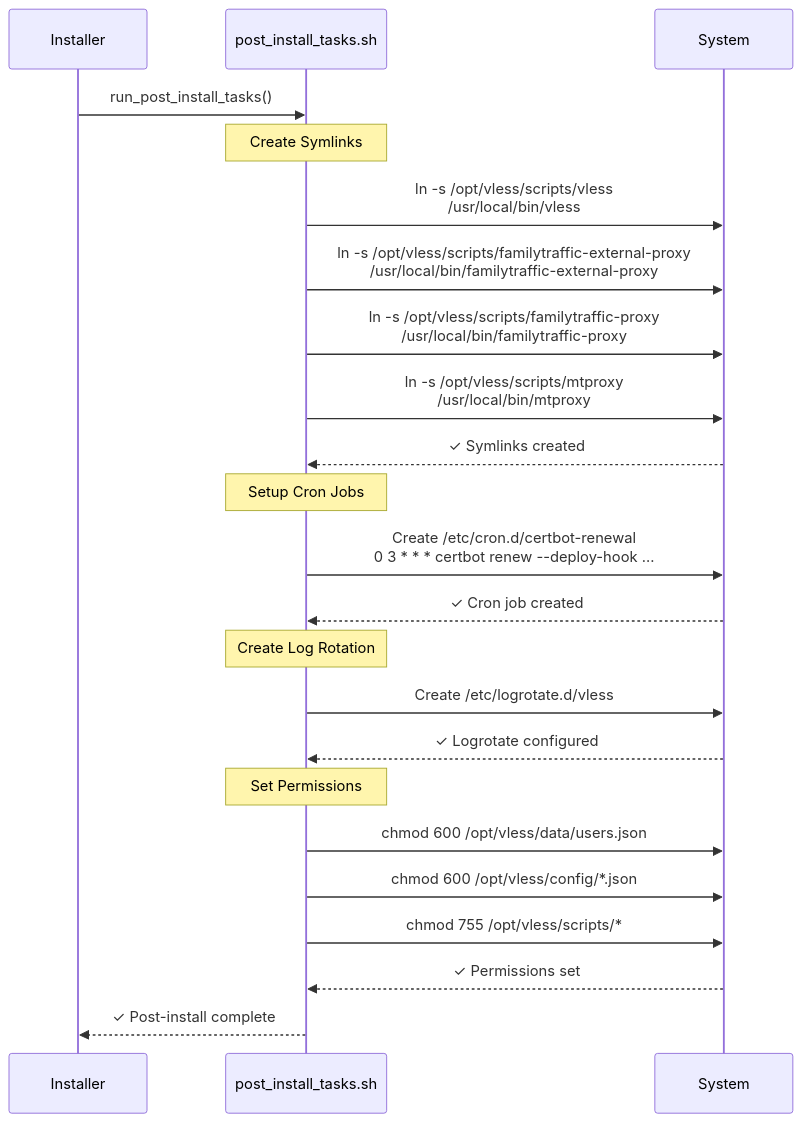
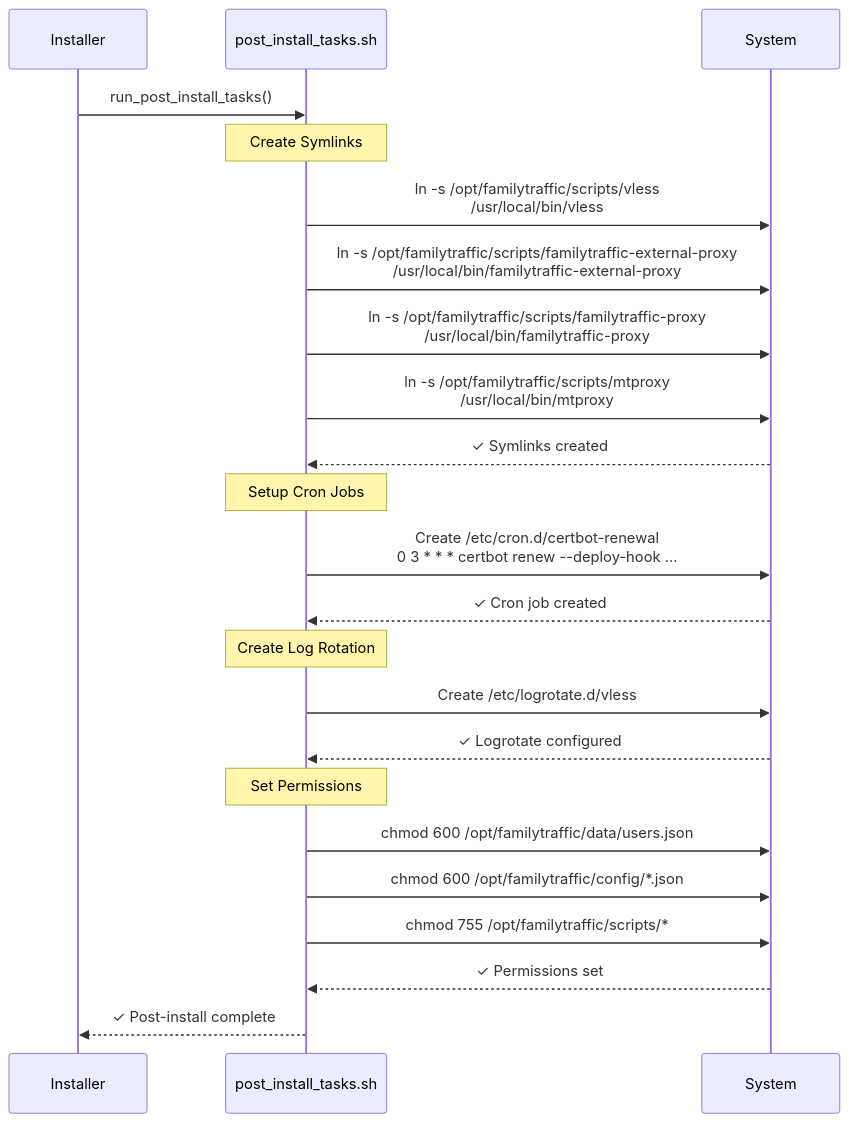
One commit to ikeniborn/vless changed diagram 13 of 14 in docs/architecture/diagrams/dependencies/initialization-order.md. Above: the diagram before and after it, drawn with Mermaid. The commit also changed other lines of this file and 66 other files, not shown here.

First line of the commit message:
refactor(rename): replace old project name 'vless' with 'familytraffic'

````diff
--- a/docs/architecture/diagrams/dependencies/initialization-order.md
+++ b/docs/architecture/diagrams/dependencies/initialization-order.md
@@ -597,35 +597,35 @@
 ```mermaid
 sequenceDiagram
     participant Installer
     participant PostInstall as post_install_tasks.sh
     participant System
 
     Installer->>PostInstall: run_post_install_tasks()
 
     Note over PostInstall: Create Symlinks
 
-    PostInstall->>System: ln -s /opt/vless/scripts/vless<br/>/usr/local/bin/vless
-    PostInstall->>System: ln -s /opt/vless/scripts/familytraffic-external-proxy<br/>/usr/local/bin/familytraffic-external-proxy
-    PostInstall->>System: ln -s /opt/vless/scripts/familytraffic-proxy<br/>/usr/local/bin/familytraffic-proxy
-    PostInstall->>System: ln -s /opt/vless/scripts/mtproxy<br/>/usr/local/bin/mtproxy
+    PostInstall->>System: ln -s /opt/familytraffic/scripts/vless<br/>/usr/local/bin/vless
+    PostInstall->>System: ln -s /opt/familytraffic/scripts/familytraffic-external-proxy<br/>/usr/local/bin/familytraffic-external-proxy
+    PostInstall->>System: ln -s /opt/familytraffic/scripts/familytraffic-proxy<br/>/usr/local/bin/familytraffic-proxy
+    PostInstall->>System: ln -s /opt/familytraffic/scripts/mtproxy<br/>/usr/local/bin/mtproxy
     System-->>PostInstall: ✓ Symlinks created
 
     Note over PostInstall: Setup Cron Jobs
 
     PostInstall->>System: Create /etc/cron.d/certbot-renewal<br/>0 3 * * * certbot renew --deploy-hook ...
     System-->>PostInstall: ✓ Cron job created
 
     Note over PostInstall: Create Log Rotation
 
     PostInstall->>System: Create /etc/logrotate.d/vless
     System-->>PostInstall: ✓ Logrotate configured
 
     Note over PostInstall: Set Permissions
 
-    PostInstall->>System: chmod 600 /opt/vless/data/users.json
-    PostInstall->>System: chmod 600 /opt/vless/config/*.json
-    PostInstall->>System: chmod 755 /opt/vless/scripts/*
+    PostInstall->>System: chmod 600 /opt/familytraffic/data/users.json
+    PostInstall->>System: chmod 600 /opt/familytraffic/config/*.json
+    PostInstall->>System: chmod 755 /opt/familytraffic/scripts/*
     System-->>PostInstall: ✓ Permissions set
 
     PostInstall-->>Installer: ✓ Post-install complete
 ```
````
